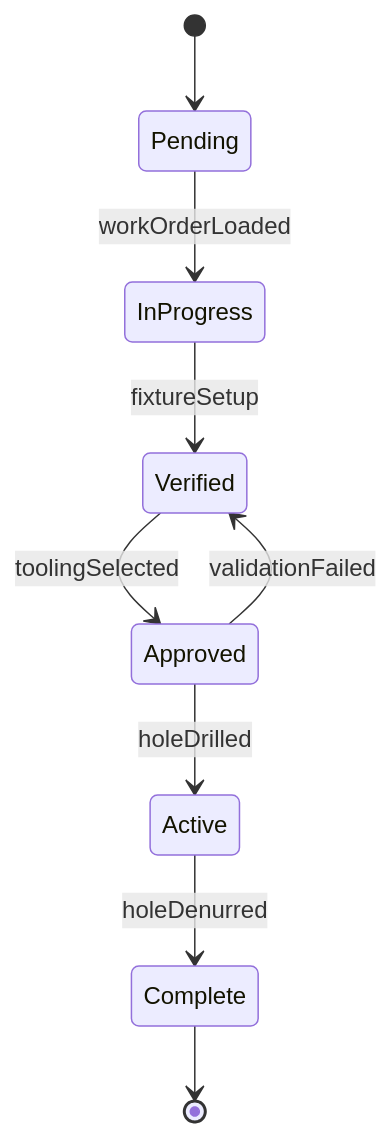
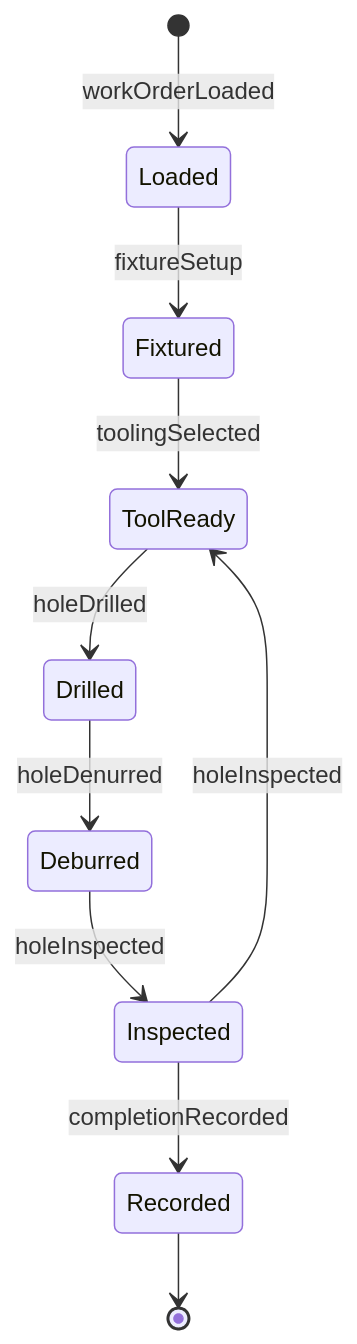
Before and after one commit to dot-org-ai/tasks.org.ai: the second of 4 diagrams in HandlingAndMovingObjects/DrillHolesInEarthOrMaterials/DrillHolesPartsEquipmentMaterials.mdx, drawn with Mermaid. The commit also changed other lines of this file and 515 other files, not shown here.

````diff
--- a/HandlingAndMovingObjects/DrillHolesInEarthOrMaterials/DrillHolesPartsEquipmentMaterials.mdx
+++ b/HandlingAndMovingObjects/DrillHolesInEarthOrMaterials/DrillHolesPartsEquipmentMaterials.mdx
@@ -99,11 +100,12 @@
 ```mermaid
 stateDiagram-v2
-    [*] --> Pending
-    Pending --> InProgress : workOrderLoaded
-    InProgress --> Verified : fixtureSetup
-    Verified --> Approved : toolingSelected
-    Approved --> Active : holeDrilled
-    Active --> Complete : holeDenurred
-    Approved --> Verified : validationFailed
-    Complete --> [*]
+    [*] --> Loaded : workOrderLoaded
+    Loaded --> Fixtured : fixtureSetup
+    Fixtured --> ToolReady : toolingSelected
+    ToolReady --> Drilled : holeDrilled
+    Drilled --> Deburred : holeDenurred
+    Deburred --> Inspected : holeInspected
+    Inspected --> Recorded : completionRecorded
+    Inspected --> ToolReady : holeInspected
+    Recorded --> [*]
 ```
````
